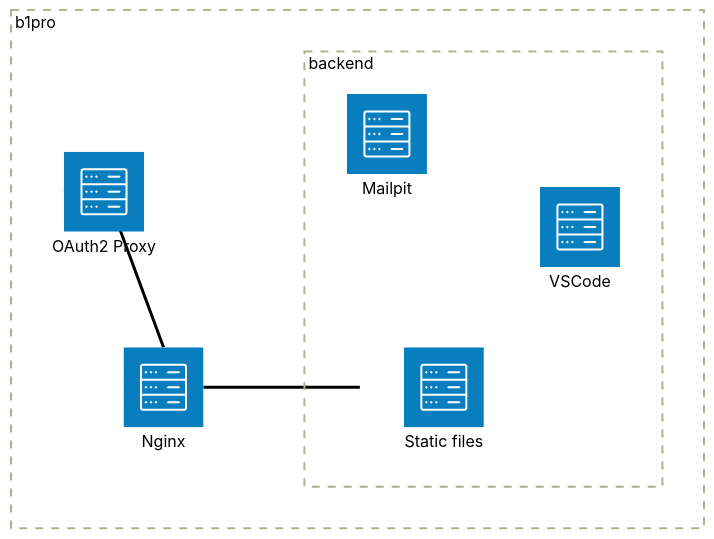
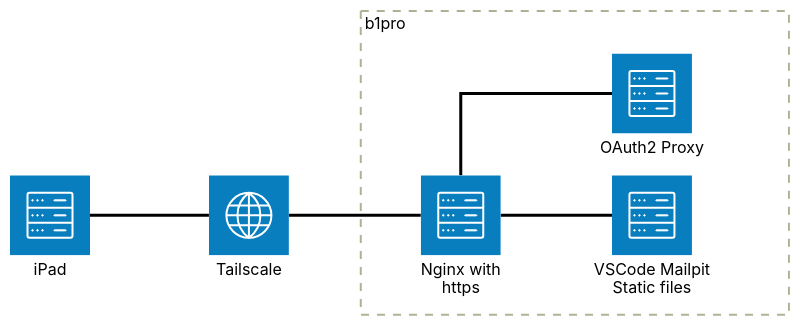
Before and after one commit to yktakaha4/b1pro: the diagram in README.md, drawn with Mermaid (forest theme). The commit also changed other lines of this file, not shown here.

````diff
--- a/README.md
+++ b/README.md
@@ -5,14 +5,15 @@
 ```mermaid
 architecture-beta
     group b1pro[b1pro]
-    group backend[backend] in b1pro
 
-    service nginx(server)[Nginx] in b1pro
+    service client(server)[iPad]
+    service internet(internet)[Tailscale]
+    service nginx(server)[Nginx with https] in b1pro
     service oauth2(server)[OAuth2 Proxy] in b1pro
-    service vscode(server)[VSCode] in backend
-    service mailpit(server)[Mailpit] in backend
-    service files(server)[Static files] in backend
+    service services(server)[VSCode Mailpit Static files ] in b1pro
 
+    client:R -- L:internet
+    internet:R -- L:nginx
     nginx:T -- L:oauth2
-    nginx:R -- L:files{group}
+    nginx:R -- L:services
 ```
````
